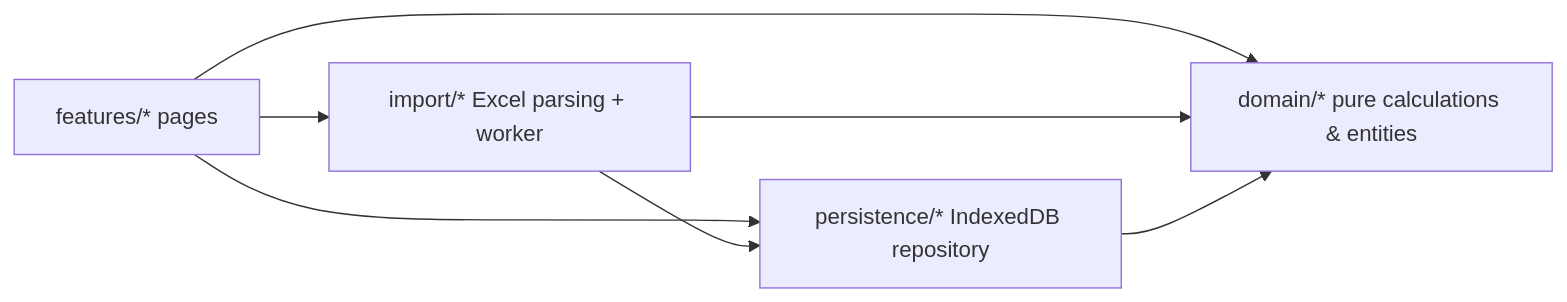
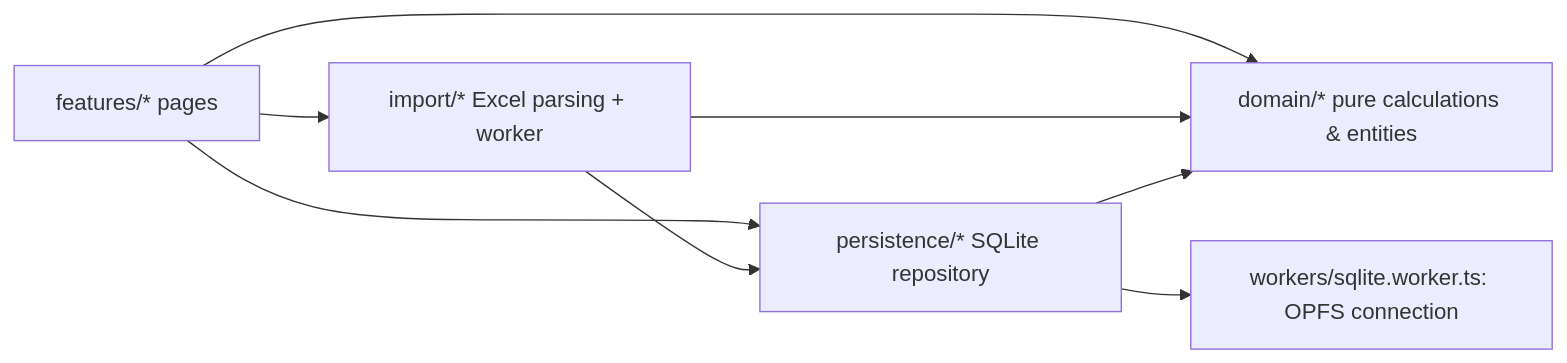
One commit to PhilippePerrin/explorResource changed the second of 2 diagrams in docs/architecture.md. Above: the diagram before and after it, drawn with Mermaid. The commit also changed other lines of this file and 51 other files, not shown here.

````diff
--- a/docs/architecture.md
+++ b/docs/architecture.md
@@ -25,9 +25,10 @@
 ```mermaid
 graph LR
   UI[features/* pages] --> Domain[domain/* pure calculations & entities]
-  UI --> Persistence[persistence/* IndexedDB repository]
+  UI --> Persistence[persistence/* SQLite repository]
   UI --> ImportPipeline[import/* Excel parsing + worker]
+  Persistence --> SqliteWorker[workers/sqlite.worker.ts: OPFS connection]
   ImportPipeline --> Domain
   ImportPipeline --> Persistence
   Persistence --> Domain
 ```
````
